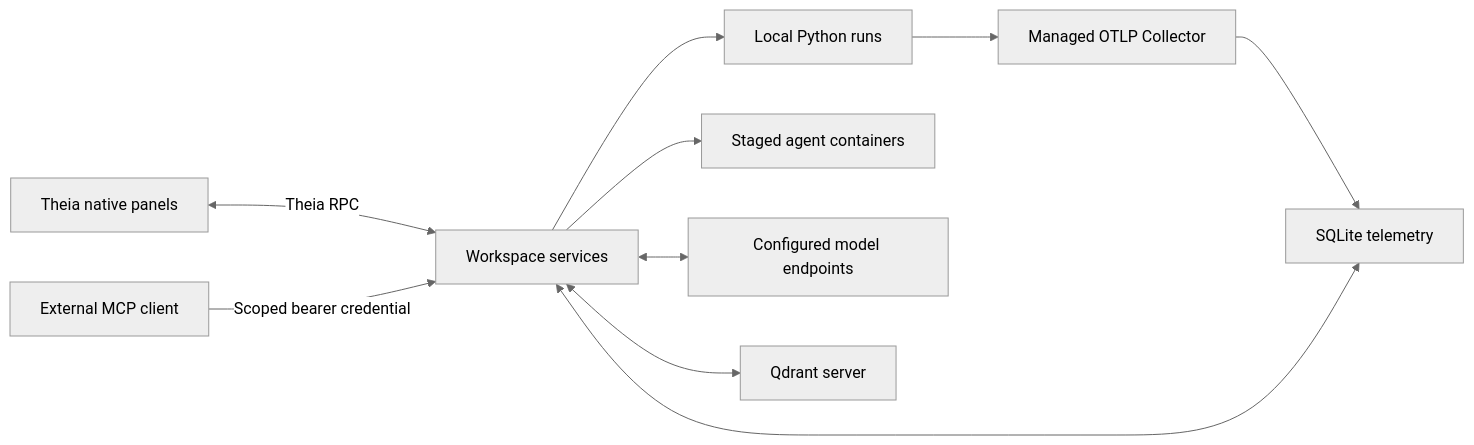
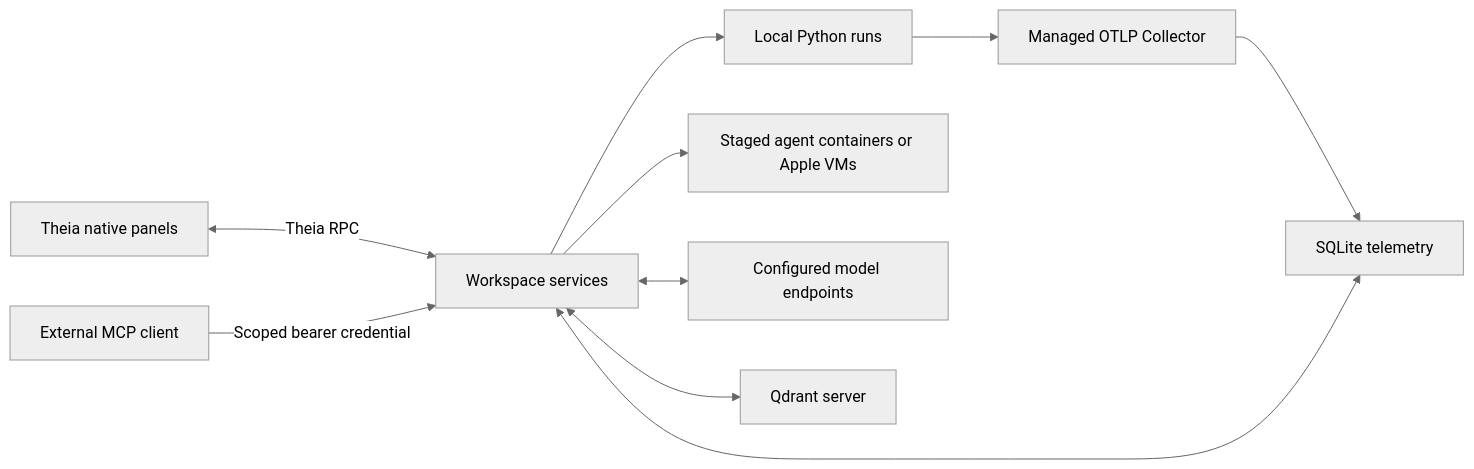
The diagram in docs/implementation.md (Shrey327/AgenticIDE), drawn with Mermaid (neutral theme) before and after one commit. The commit also changed other lines of this file and 163 other files, not shown here.

````diff
--- a/docs/implementation.md
+++ b/docs/implementation.md
@@ -33,12 +39,12 @@
 ```mermaid
 flowchart LR
   UI[Theia native panels] <-->|Theia RPC| W[Workspace services]
   W --> P[Local Python runs]
-  W --> A[Staged agent containers]
+  W --> A[Staged agent containers or Apple VMs]
   W <--> M[Configured model endpoints]
   P --> C[Managed OTLP Collector]
   C --> S[SQLite telemetry]
   W <--> S
   W <--> Q[Qdrant server]
   E[External MCP client] -->|Scoped bearer credential| W
 ```
````
